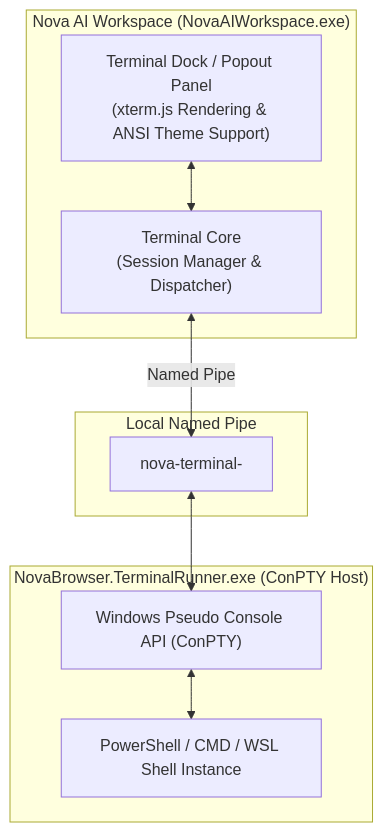
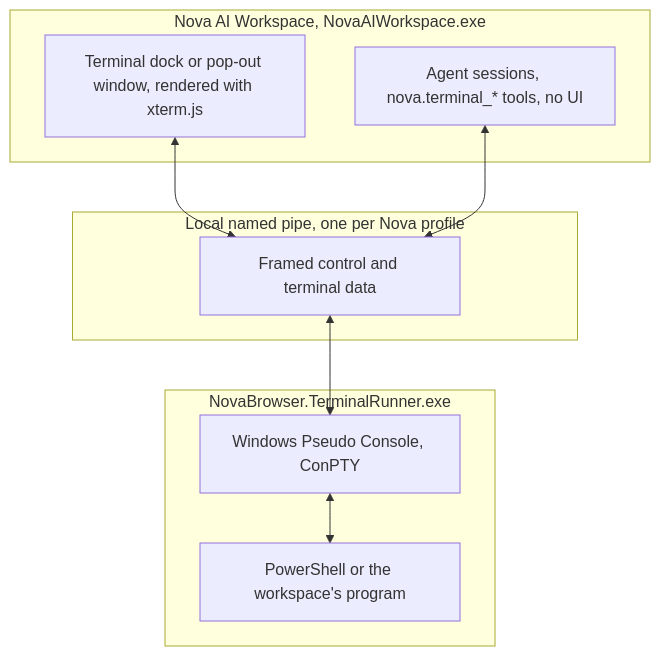
The diagram in docs/core-features/terminal-workspaces.md (joelaniol/nova), drawn with Mermaid before and after one commit. The commit also changed other lines of this file and 495 other files, not shown here.

````diff
--- a/docs/core-features/terminal-workspaces.md
+++ b/docs/core-features/terminal-workspaces.md
@@ -22,23 +22,21 @@
 ```mermaid
 flowchart TD
-    subgraph BrowserProcess["Nova AI Workspace (NovaAIWorkspace.exe)"]
-        Dock["Terminal Dock / Popout Panel
-(xterm.js Rendering & ANSI Theme Support)"]
-        TerminalCore["Terminal Core
-(Session Manager & Dispatcher)"]
-        Dock <--> TerminalCore
+    subgraph BrowserProcess["Nova AI Workspace, NovaAIWorkspace.exe"]
+        Dock["Terminal dock or pop-out window, rendered with xterm.js"]
+        AgentSessions["Agent sessions, nova.terminal_* tools, no UI"]
     end
 
-    subgraph IPC["Local Named Pipe"]
-        Pipe["nova-terminal-<session-id>"]
+    subgraph IPC["Local named pipe, one per Nova profile"]
+        Pipe["Framed control and terminal data"]
     end
 
-    subgraph ExternalRunner["NovaBrowser.TerminalRunner.exe (ConPTY Host)"]
-        ConPTY["Windows Pseudo Console API (ConPTY)"]
-        Shell["PowerShell / CMD / WSL Shell Instance"]
+    subgraph ExternalRunner["NovaBrowser.TerminalRunner.exe"]
+        ConPTY["Windows Pseudo Console, ConPTY"]
+        Shell["PowerShell or the workspace's program"]
         ConPTY <--> Shell
     end
 
-    TerminalCore <-->|Named Pipe| Pipe
+    Dock <--> Pipe
+    AgentSessions <--> Pipe
     Pipe <--> ConPTY
 ```
````
